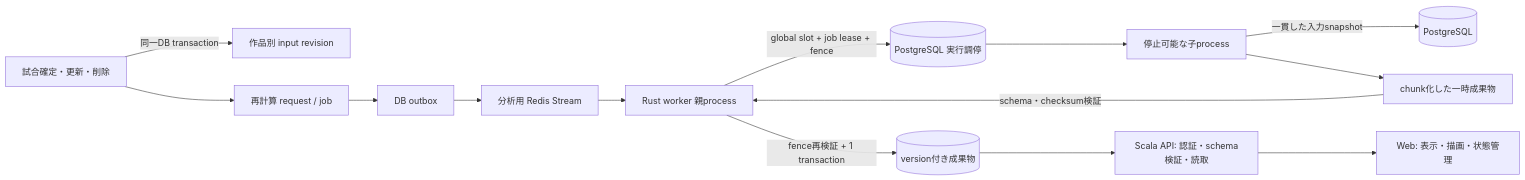
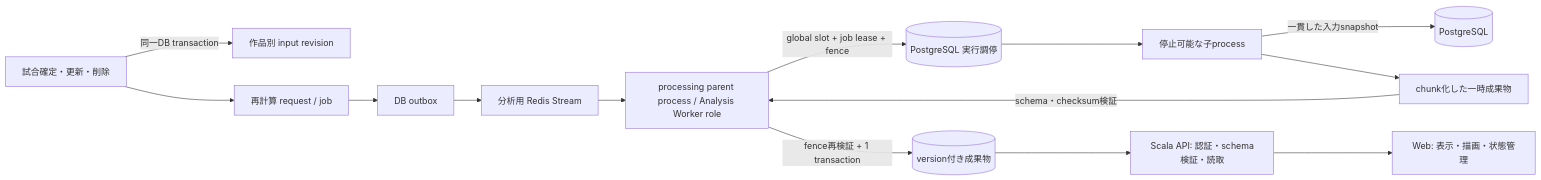
Before and after one commit to ponta2git/momo-result: the diagram in docs/series-analysis-realization.md, drawn with Mermaid. The commit also changed other lines of this file and 10 other files, not shown here.

````diff
--- a/docs/series-analysis-realization.md
+++ b/docs/series-analysis-realization.md
@@ -67,16 +67,16 @@
 ```mermaid
 flowchart LR
   M[試合確定・更新・削除] -->|同一DB transaction| S[作品別 input revision]
   M --> R[再計算 request / job]
   R --> O[DB outbox]
   O --> Q[分析用 Redis Stream]
-  Q --> P[Rust worker 親process]
+  Q --> P[processing parent process / Analysis Worker role]
   P -->|global slot + job lease + fence| G[(PostgreSQL 実行調停)]
   G --> J[停止可能な子process]
   J -->|一貫した入力snapshot| D[(PostgreSQL)]
   J --> T[chunk化した一時成果物]
   T -->|schema・checksum検証| P
   P -->|fence再検証 + 1 transaction| A[(version付き成果物)]
   A --> API[Scala API: 認証・schema検証・読取]
   API --> W[Web: 表示・描画・状態管理]
 ```
````
